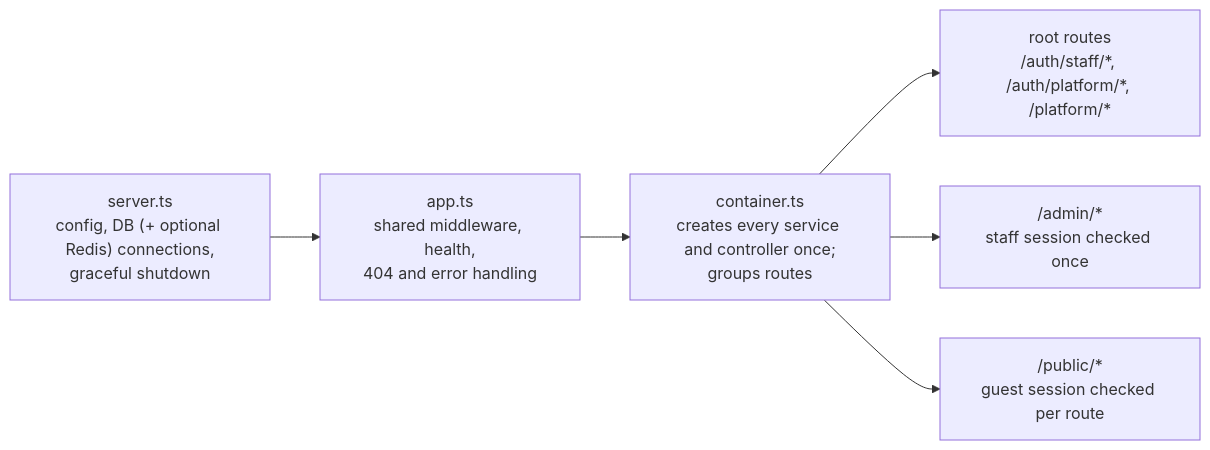
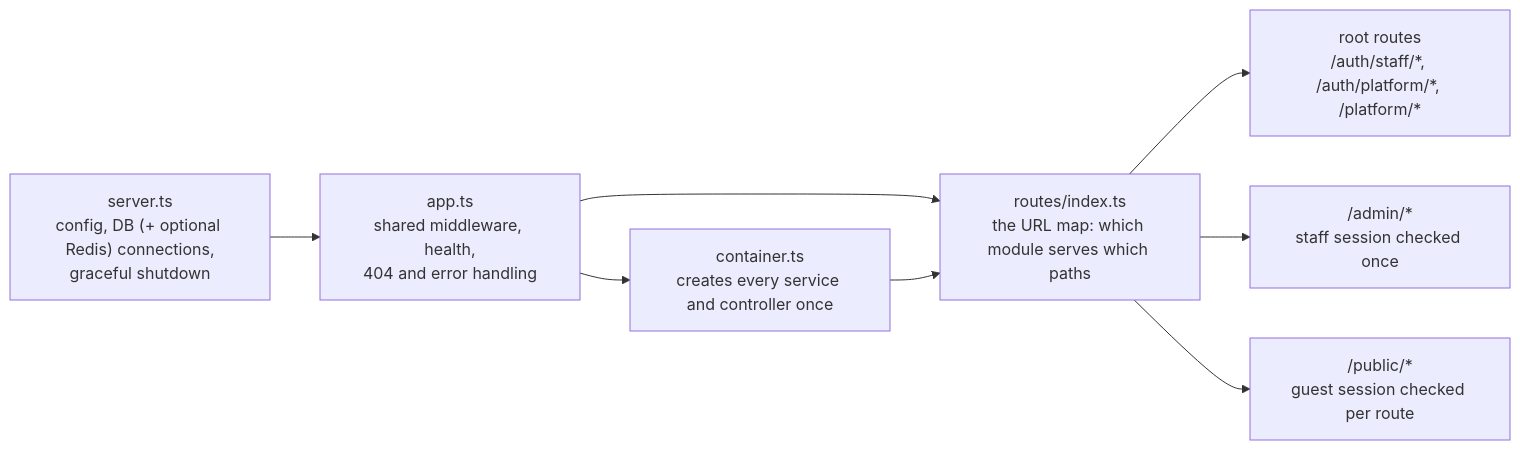
Before and after one commit to Vishal120703/QR_based-hospital-management-system: the fifth of 5 diagrams in docs/architecture/README.md, drawn with Mermaid. The commit also changed other lines of this file and 8 other files, not shown here.

First line of the commit message:
Add a routes index that shows every API route group in one place

````diff
--- a/docs/architecture/README.md
+++ b/docs/architecture/README.md
@@ -114,8 +114,10 @@
 ```mermaid
 flowchart LR
   server["server.ts<br/>config, DB (+ optional Redis) connections,<br/>graceful shutdown"] --> app["app.ts<br/>shared middleware, health,<br/>404 and error handling"]
-  app --> container["container.ts<br/>creates every service and controller once;<br/>groups routes"]
-  container --> root["root routes<br/>/auth/staff/*, /auth/platform/*, /platform/*"]
-  container --> admin["/admin/*<br/>staff session checked once"]
-  container --> public["/public/*<br/>guest session checked per route"]
+  app --> container["container.ts<br/>creates every service and controller once"]
+  app --> routes["routes/index.ts<br/>the URL map: which module serves which paths"]
+  container --> routes
+  routes --> root["root routes<br/>/auth/staff/*, /auth/platform/*, /platform/*"]
+  routes --> admin["/admin/*<br/>staff session checked once"]
+  routes --> public["/public/*<br/>guest session checked per route"]
 ```
````
